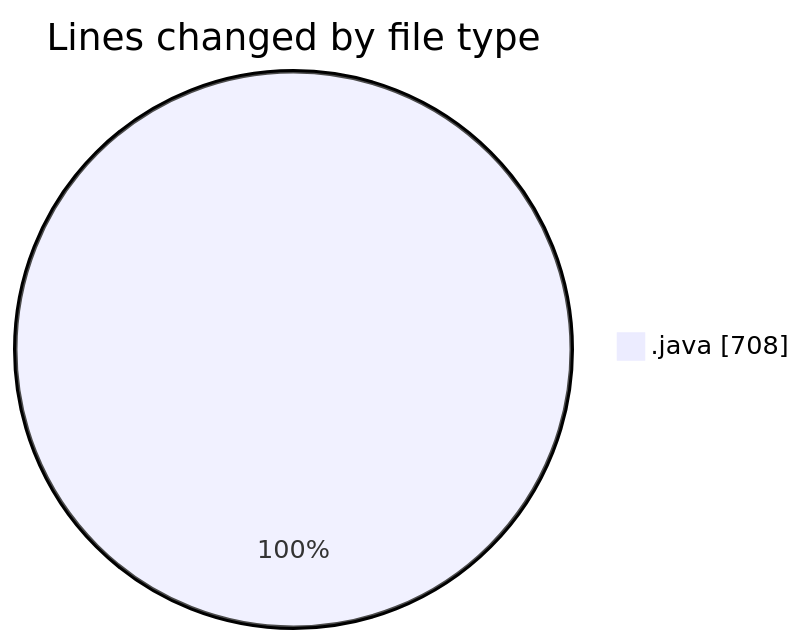
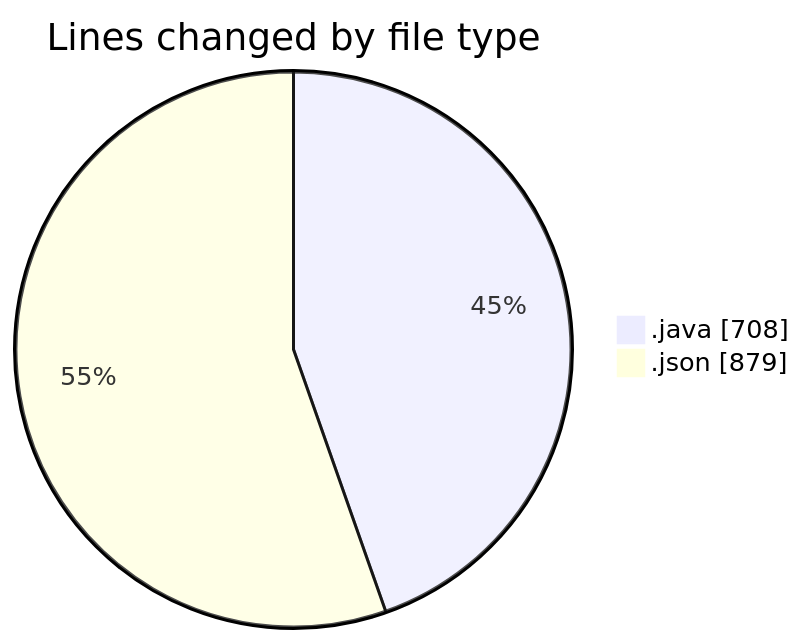
Before and after one commit to ricardozamudiocil/code-tracking: the first of 2 diagrams in 2026-03-17/cilapp/README.md, drawn with Mermaid. The commit also changed other lines of this file and 1 other file, not shown here.

````diff
--- a/2026-03-17/cilapp/README.md
+++ b/2026-03-17/cilapp/README.md
@@ -21,5 +22,6 @@
 ```mermaid
 pie showData
 title Lines changed by file type
 ".java" : 708
+".json" : 879
 ```
````
